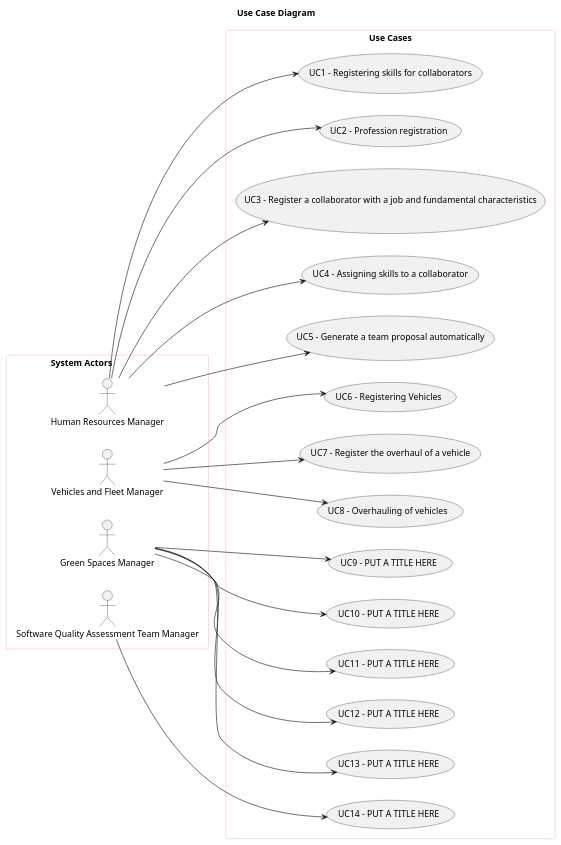
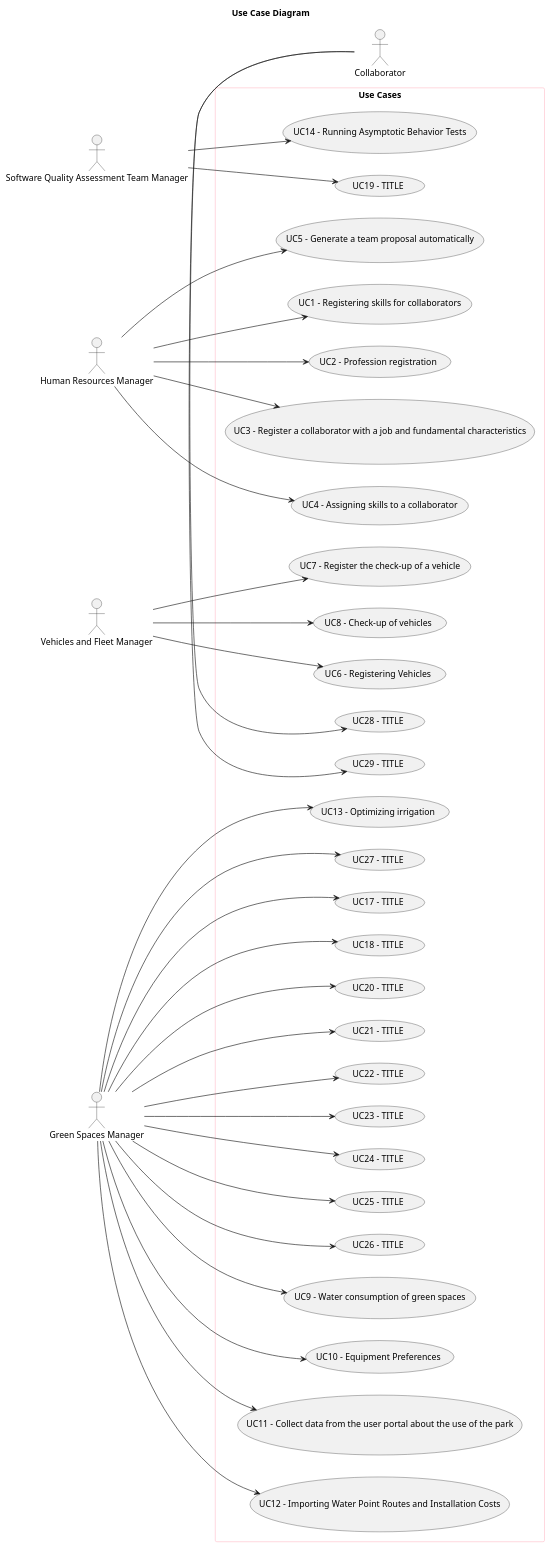
One commit to SAEmanuel/Green_Spaces_Management_ISEP changed the diagram in docs/sprintC/global-artifacts/01.requirements-engineering/puml/use-case-diagram.puml. Above: the diagram before and after it, drawn with PlantUML. The commit also changed 8 other files, not shown here.

```diff
--- a/docs/sprintC/global-artifacts/01.requirements-engineering/puml/use-case-diagram.puml
+++ b/docs/sprintC/global-artifacts/01.requirements-engineering/puml/use-case-diagram.puml
@@ -1,59 +1,87 @@
 @startuml
 'skinparam monochrome true
 skinparam packageStyle rectangle
 'skinparam shadowing false
 
 skinparam rectangle{
     BorderColor pink
 }
 
 title Use Case Diagram
 
 left to right direction
 
-rectangle "System Actors                       " as actors {
+
+
     actor "Human Resources Manager" as HRM
     actor "Vehicles and Fleet Manager" as FM
     actor "Green Spaces Manager" as GSM
     actor "Software Quality Assessment Team Manager" as QAM
+    actor "Collaborator" as COL
 
 
 
-}
 
 
 
 rectangle "Use Cases" as usecases{
     usecase "UC1 - Registering skills for collaborators" as UC1
     usecase "UC2 - Profession registration" as UC2
     usecase "UC3 - Register a collaborator with a job and fundamental characteristics" as UC3
     usecase "UC4 - Assigning skills to a collaborator" as UC4
     usecase "UC5 - Generate a team proposal automatically" as UC5
     usecase "UC6 - Registering Vehicles" as UC6
-    usecase "UC7 - Register the overhaul of a vehicle" as UC7
-    usecase "UC8 - Overhauling of vehicles " as UC8
-    usecase "UC9 - PUT A TITLE HERE" as UC9
-    usecase "UC10 - PUT A TITLE HERE" as UC10
-    usecase "UC11 - PUT A TITLE HERE" as UC11
-    usecase "UC12 - PUT A TITLE HERE" as UC12
-    usecase "UC13 - PUT A TITLE HERE" as UC13
-    usecase "UC14 - PUT A TITLE HERE" as UC14
+    usecase "UC7 - Register the check-up of a vehicle" as UC7
+    usecase "UC8 - Check-up of vehicles" as UC8
+    usecase "UC9 - Water consumption of green spaces" as UC9
+    usecase "UC10 - Equipment Preferences" as UC10
+    usecase "UC11 - Collect data from the user portal about the use of the park" as UC11
+    usecase "UC12 - Importing Water Point Routes and Installation Costs" as UC12
+    usecase "UC13 - Optimizing irrigation" as UC13
+    usecase "UC14 - Running Asymptotic Behavior Tests" as UC14
+    usecase "UC17 - TITLE" as UC17
+    usecase "UC18 - TITLE" as UC18
+    usecase "UC19 - TITLE" as UC19
+    usecase "UC20 - TITLE" as UC20
+    usecase "UC21 - TITLE" as UC21
+    usecase "UC22 - TITLE" as UC22
+    usecase "UC23 - TITLE" as UC23
+    usecase "UC24 - TITLE" as UC24
+    usecase "UC25 - TITLE" as UC25
+    usecase "UC26 - TITLE" as UC26
+    usecase "UC27 - TITLE" as UC27
+    usecase "UC28 - TITLE" as UC28
+    usecase "UC29 - TITLE" as UC29
 
     HRM --> UC1
     HRM --> UC2
     HRM --> UC3
     HRM --> UC4
     HRM --> UC5
     FM --> UC6
     FM --> UC7
     FM --> UC8
     GSM --> UC9
     GSM --> UC10
     GSM --> UC11
     GSM --> UC12
     GSM --> UC13
     QAM --> UC14
+    GSM --> UC17
+    GSM --> UC18
+    QAM -> UC19
+    GSM --> UC20
+    GSM --> UC21
+    GSM --> UC22
+    GSM --> UC23
+    GSM --> UC24
+    GSM --> UC25
+    GSM --> UC26
+    GSM --> UC27
+    COL -> UC28
+    COL -> UC29
+
 }
 
 
 @enduml
```
